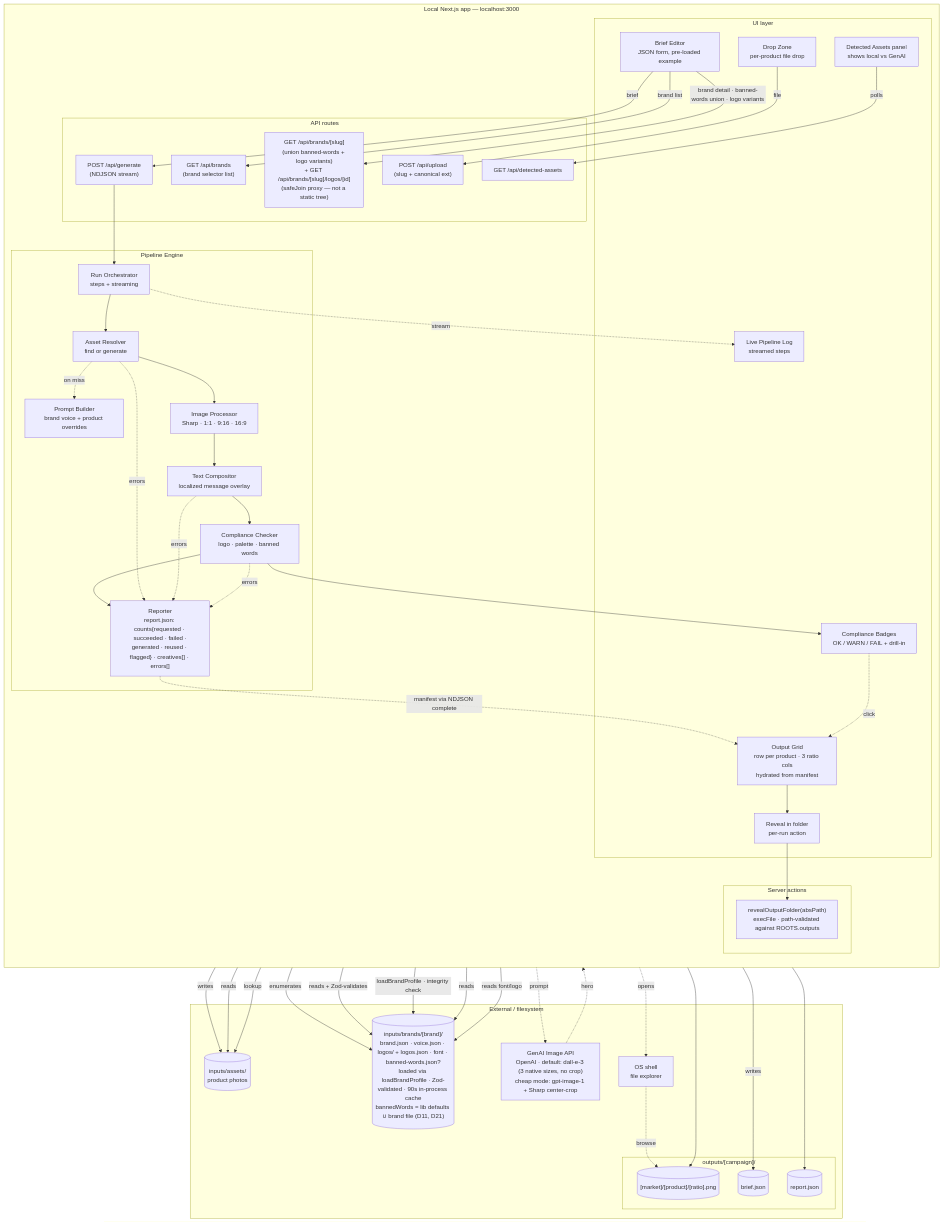
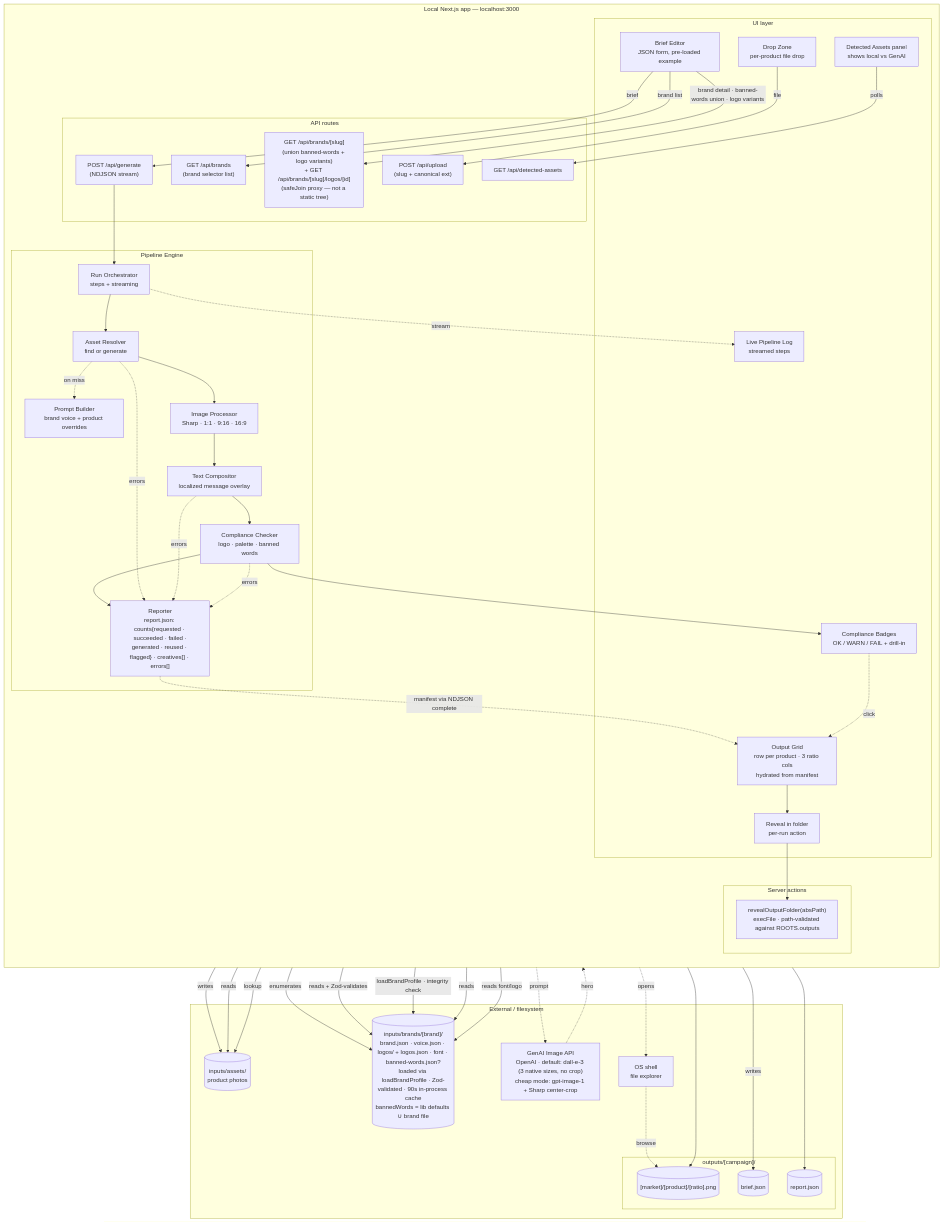
One commit to arndvs/cast changed the third of 5 diagrams in docs/system-map.md. Above: the diagram before and after it, drawn with Mermaid. The commit also changed other lines of this file and 8 other files, not shown here.

```diff
--- a/docs/system-map.md
+++ b/docs/system-map.md
@@ -85,7 +83,7 @@
 graph TB
     subgraph External["External / filesystem"]
         Inputs[("inputs/assets/<br/>product photos")]
-        BrandProfile[("inputs/brands/[brand]/<br/>brand.json · voice.json · logos/ + logos.json · font · banned-words.json?<br/>loaded via loadBrandProfile · Zod-validated · 90s in-process cache<br/>bannedWords = lib defaults ∪ brand file (D11, D21)")]
+        BrandProfile[("inputs/brands/[brand]/<br/>brand.json · voice.json · logos/ + logos.json · font · banned-words.json?<br/>loaded via loadBrandProfile · Zod-validated · 90s in-process cache<br/>bannedWords = lib defaults ∪ brand file")]
         subgraph CampaignOut["outputs/[campaign]/"]
             Outputs[("[market]/[product]/[ratio].png")]
             BriefFile[("brief.json")]
```
